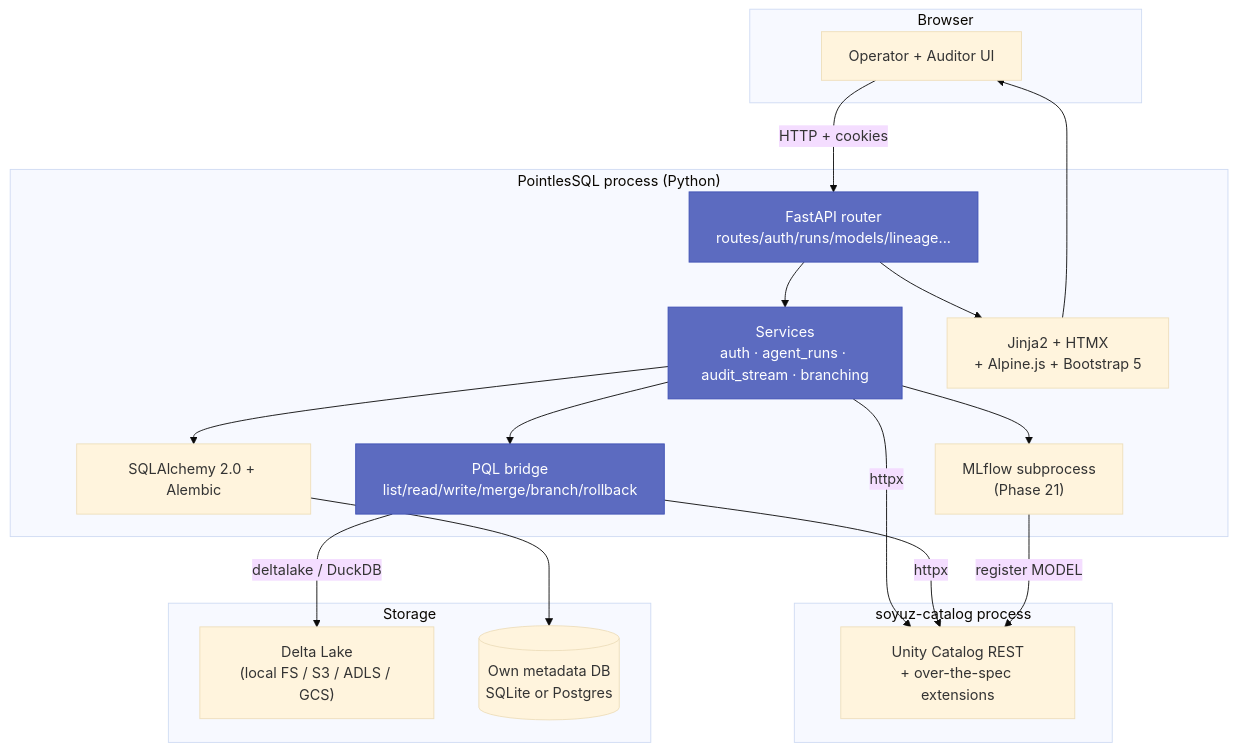
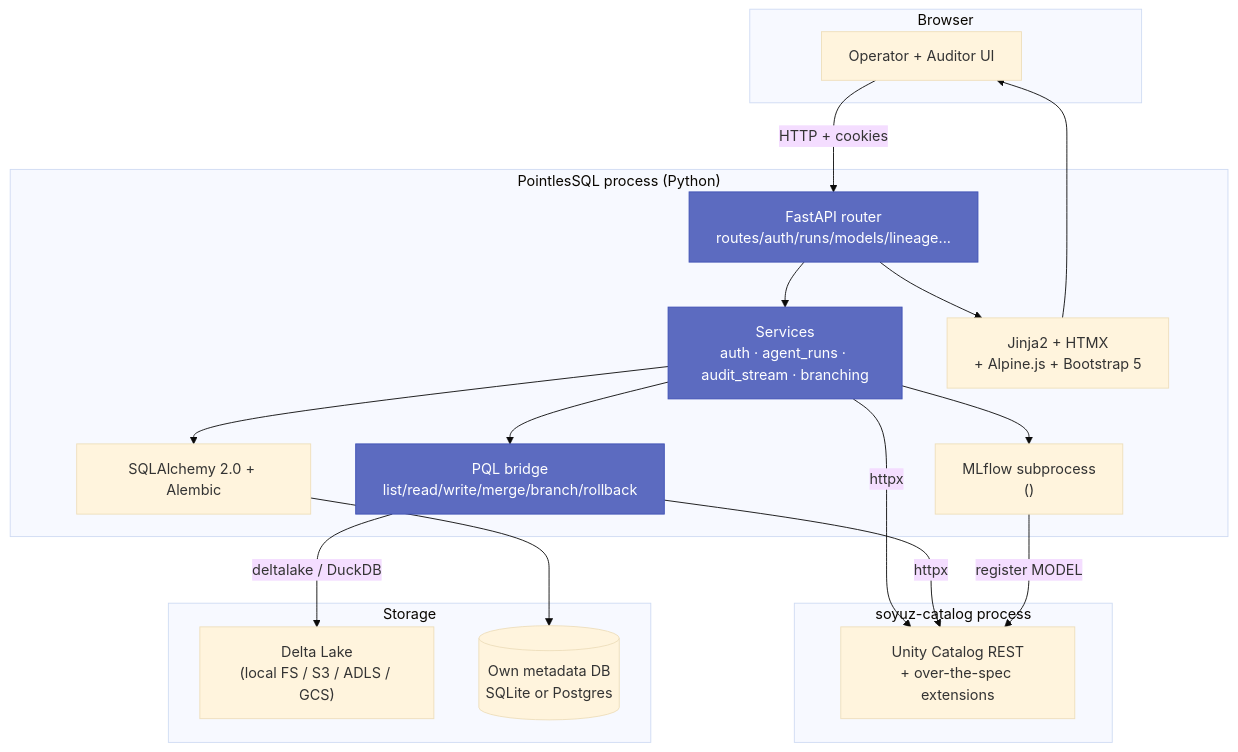
The first of 3 diagrams in docs/concepts/architecture.md (FloHofstetter/PointlesSQL), drawn with Mermaid (base theme) before and after one commit. The commit also changed other lines of this file and 76 other files, not shown here.

````diff
--- a/docs/concepts/architecture.md
+++ b/docs/concepts/architecture.md
@@ -9,38 +9,38 @@
 ```mermaid
 graph TB
-    subgraph "Browser"
-        B[Operator + Auditor UI]
-    end
-    subgraph "PointlesSQL process (Python)"
-        API["FastAPI router<br/>routes/auth/runs/models/lineage..."]
-        SVC["Services<br/>auth · agent_runs · audit_stream · branching"]
-        PQL_LIB["PQL bridge<br/>list/read/write/merge/branch/rollback"]
-        ORM["SQLAlchemy 2.0 + Alembic"]
-        TPL["Jinja2 + HTMX<br/>+ Alpine.js + Bootstrap 5"]
-        ML["MLflow subprocess<br/>(Phase 21)"]
-    end
-    subgraph "soyuz-catalog process"
-        SC["Unity Catalog REST<br/>+ over-the-spec extensions"]
-    end
-    subgraph "Storage"
-        DL["Delta Lake<br/>(local FS / S3 / ADLS / GCS)"]
-        DB[("Own metadata DB<br/>SQLite or Postgres")]
-    end
+ subgraph "Browser"
+ B[Operator + Auditor UI]
+ end
+ subgraph "PointlesSQL process (Python)"
+ API["FastAPI router<br/>routes/auth/runs/models/lineage..."]
+ SVC["Services<br/>auth · agent_runs · audit_stream · branching"]
+ PQL_LIB["PQL bridge<br/>list/read/write/merge/branch/rollback"]
+ ORM["SQLAlchemy 2.0 + Alembic"]
+ TPL["Jinja2 + HTMX<br/>+ Alpine.js + Bootstrap 5"]
+ ML["MLflow subprocess<br/>()"]
+ end
+ subgraph "soyuz-catalog process"
+ SC["Unity Catalog REST<br/>+ over-the-spec extensions"]
+ end
+ subgraph "Storage"
+ DL["Delta Lake<br/>(local FS / S3 / ADLS / GCS)"]
+ DB[("Own metadata DB<br/>SQLite or Postgres")]
+ end
 
-    B -->|HTTP + cookies| API
-    API --> SVC
-    API --> TPL
-    SVC --> PQL_LIB
-    SVC --> ORM
-    SVC -->|httpx| SC
-    PQL_LIB -->|httpx| SC
-    PQL_LIB -->|deltalake / DuckDB| DL
-    SVC --> ML
-    ML -->|register MODEL| SC
-    ORM --> DB
-    TPL --> B
+ B -->|HTTP + cookies| API
+ API --> SVC
+ API --> TPL
+ SVC --> PQL_LIB
+ SVC --> ORM
+ SVC -->|httpx| SC
+ PQL_LIB -->|httpx| SC
+ PQL_LIB -->|deltalake / DuckDB| DL
+ SVC --> ML
+ ML -->|register MODEL| SC
+ ORM --> DB
+ TPL --> B
 
-    style API fill:#5C6BC0,color:#fff,stroke:#3F51B5
-    style SVC fill:#5C6BC0,color:#fff,stroke:#3F51B5
-    style PQL_LIB fill:#5C6BC0,color:#fff,stroke:#3F51B5
+ style API fill:#5C6BC0,color:#fff,stroke:#3F51B5
+ style SVC fill:#5C6BC0,color:#fff,stroke:#3F51B5
+ style PQL_LIB fill:#5C6BC0,color:#fff,stroke:#3F51B5
 ```
````
